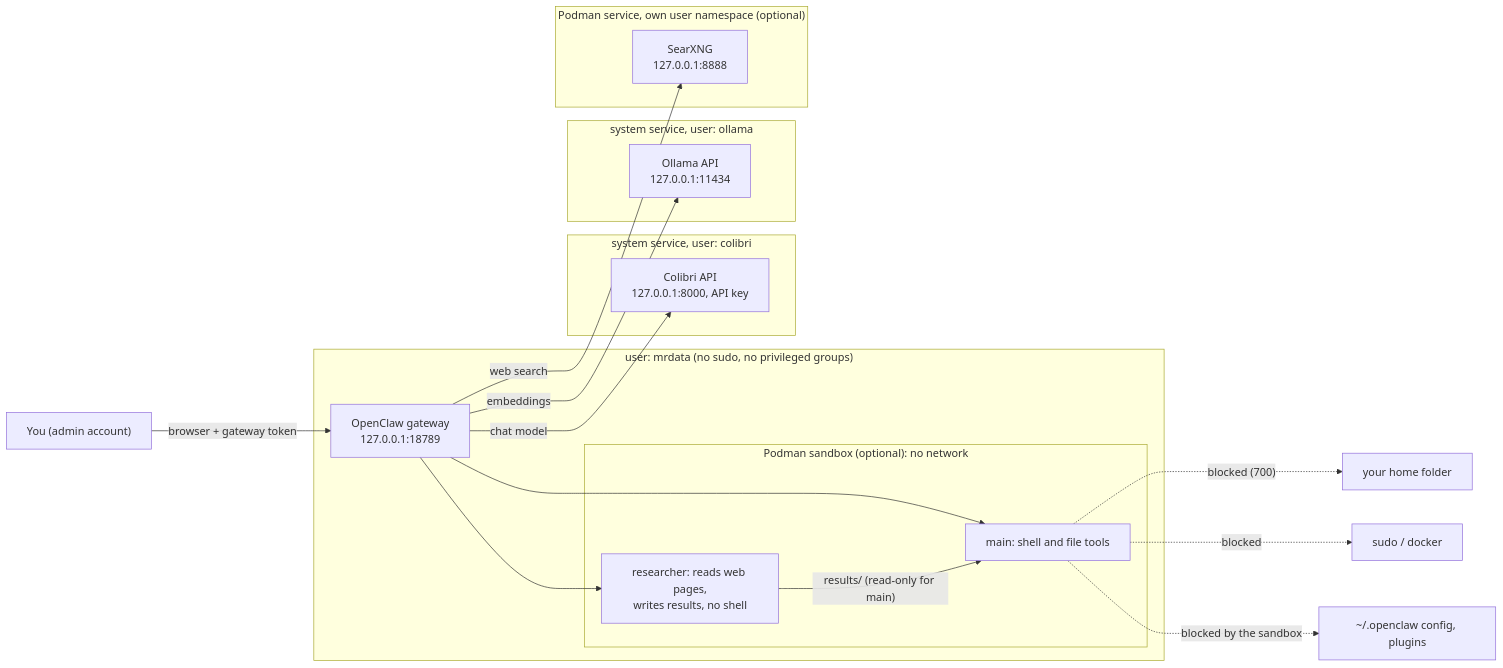
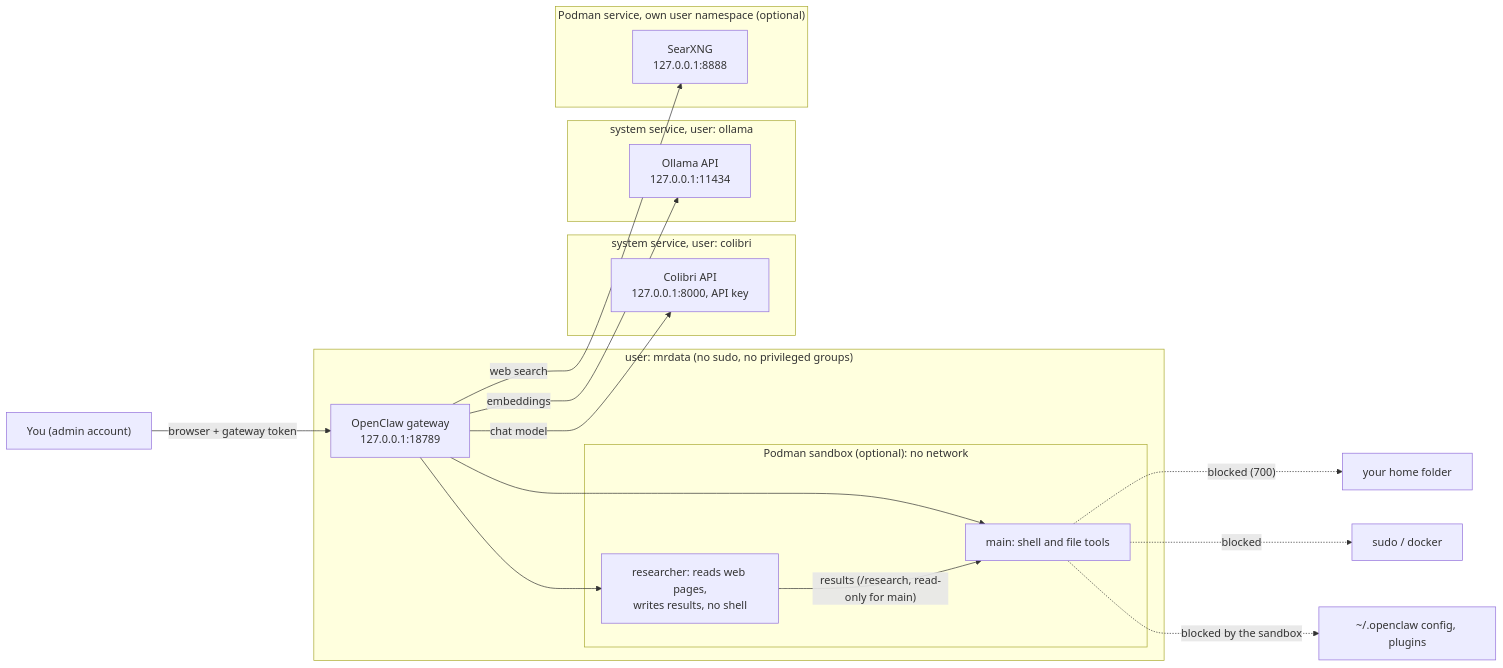
Before and after one commit to macromeer/safe-local-agent: the diagram in README.md, drawn with Mermaid. The commit also changed other lines of this file, not shown here.

````diff
--- a/README.md
+++ b/README.md
@@ -19,34 +21,34 @@
 ```mermaid
 flowchart LR
     you["You (admin account)"] -- "browser + gateway token" --> gw
 
     subgraph agent["user: mrdata (no sudo, no privileged groups)"]
         gw["OpenClaw gateway<br/>127.0.0.1:18789"]
         subgraph sbx["Podman sandbox (optional): no network"]
             tools["main: shell and file tools"]
             researcher["researcher: reads web pages,<br/>writes results, no shell"]
         end
         gw --> tools
         gw --> researcher
-        researcher -- "results/ (read-only for main)" --> tools
+        researcher -- "results (/research, read-only for main)" --> tools
     end
 
     subgraph colibri["system service, user: colibri"]
         coli["Colibri API<br/>127.0.0.1:8000, API key"]
     end
 
     subgraph ollama["system service, user: ollama"]
         oll["Ollama API<br/>127.0.0.1:11434"]
     end
 
     subgraph searx["Podman service, own user namespace (optional)"]
         sx["SearXNG<br/>127.0.0.1:8888"]
     end
 
     gw -- "chat model" --> coli
     gw -- "embeddings" --> oll
     gw -- "web search" --> sx
     tools -. "blocked (700)" .-> home["your home folder"]
     tools -. "blocked" .-> sudo["sudo / docker"]
     tools -. "blocked by the sandbox" .-> cfg["~/.openclaw config, plugins"]
 ```
````
